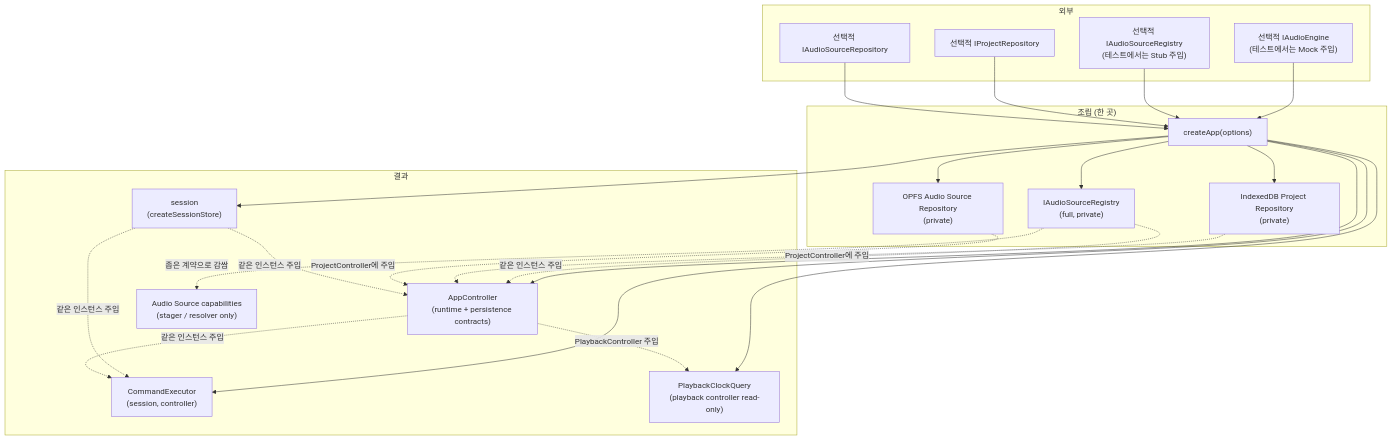
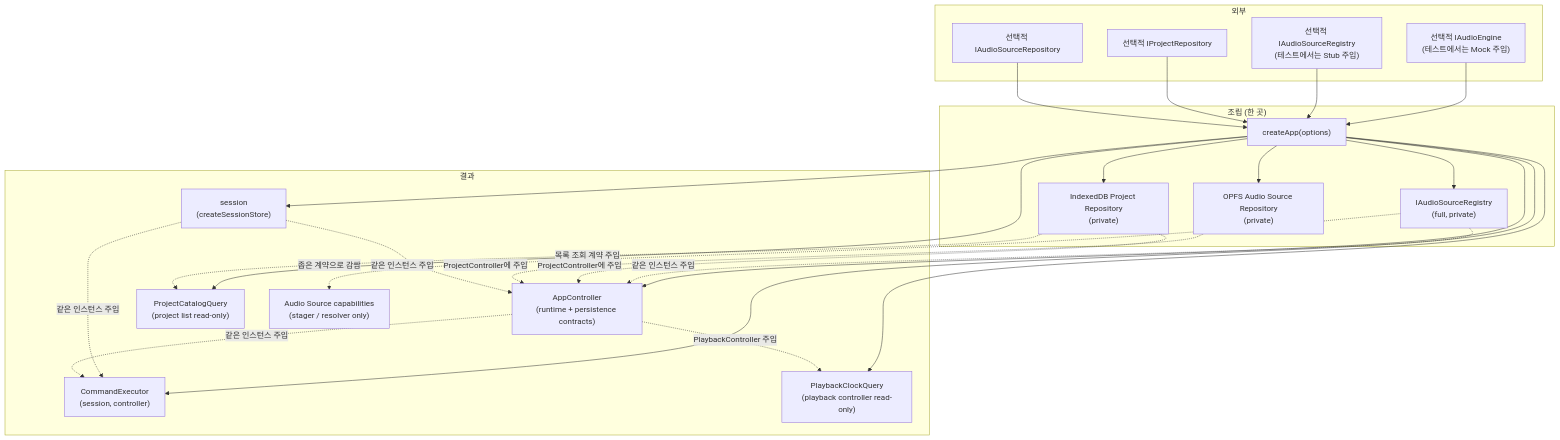
One commit to whizzkid1452/drop-ai changed the third of 4 diagrams in docs/architecture.md. Above: the diagram before and after it, drawn with Mermaid. The commit also changed other lines of this file and 23 other files, not shown here.

````diff
--- a/docs/architecture.md
+++ b/docs/architecture.md
@@ -158,44 +163,47 @@
 ```mermaid
 flowchart TB
     subgraph ext["외부"]
         IN["선택적 IAudioEngine\n(테스트에서는 Mock 주입)"]
         SRIN["선택적 IAudioSourceRegistry\n(테스트에서는 Stub 주입)"]
         PRIN["선택적 IProjectRepository"]
         ARIN["선택적 IAudioSourceRepository"]
     end
 
     subgraph asm["조립 (한 곳)"]
         CA["createApp(options)"]
         REG["IAudioSourceRegistry\n(full, private)"]
         PR["IndexedDB Project Repository\n(private)"]
         AR["OPFS Audio Source Repository\n(private)"]
     end
 
     subgraph out["결과"]
         SS["session\n(createSessionStore)"]
         AC["AppController\n(runtime + persistence contracts)"]
         CE["CommandExecutor\n(session, controller)"]
         Q["PlaybackClockQuery\n(playback controller read-only)"]
+        PCQ["ProjectCatalogQuery\n(project list read-only)"]
         SR["Audio Source capabilities\n(stager / resolver only)"]
     end
 
     IN --> CA
     SRIN --> CA
     PRIN --> CA
     ARIN --> CA
     CA --> REG
     CA --> PR
     CA --> AR
     CA --> SS
     CA --> AC
     CA --> CE
     CA --> Q
+    CA --> PCQ
     REG -.->|"같은 인스턴스 주입"| AC
     PR -.->|"ProjectController에 주입"| AC
+    PR -.->|"목록 조회 계약 주입"| PCQ
     AR -.->|"ProjectController에 주입"| AC
     REG -.->|"좁은 계약으로 감쌈"| SR
     SS -.->|"같은 인스턴스 주입"| AC
     SS -.->|"같은 인스턴스 주입"| CE
     AC -.->|"같은 인스턴스 주입"| CE
     AC -.->|"PlaybackController 주입"| Q
 ```
````
